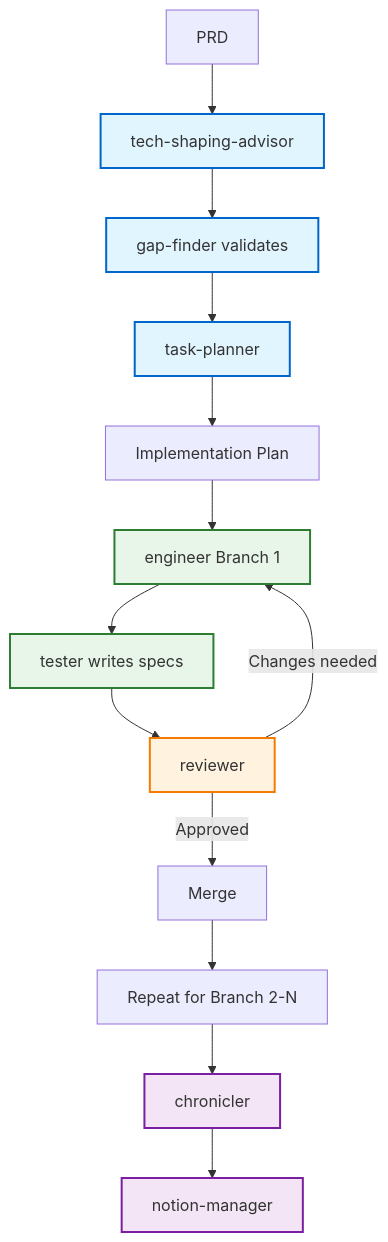
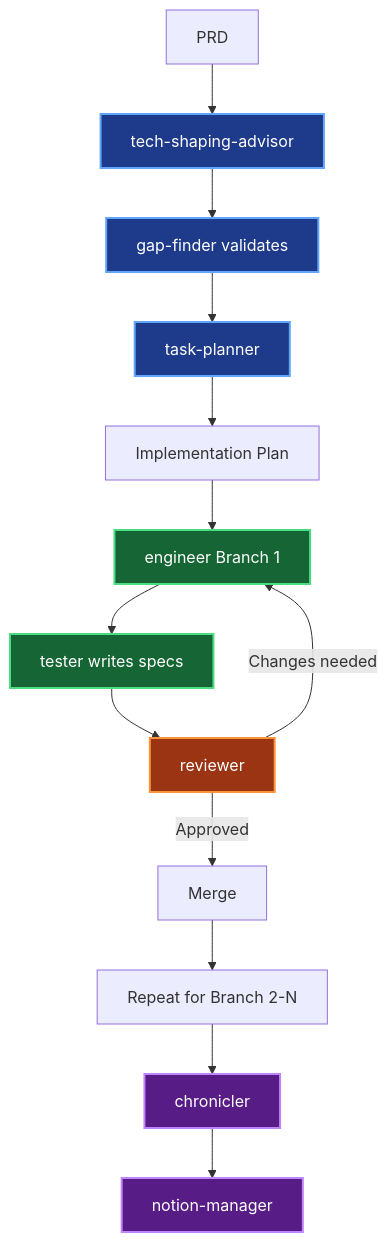
Before and after one commit to andymai/claude-agent-team: the diagram in README.md, drawn with Mermaid.

Commit message:
Adjust Mermaid colors for dark mode compatibility
Use darker fills with bright strokes and white text:
- Planning: Dark blue with light blue stroke
- Implementation: Dark green with light green stroke
- Review: Dark orange with light orange stroke
- Documentation: Dark purple with light purple stroke

````diff
--- a/README.md
+++ b/README.md
@@ -87,25 +87,25 @@
 ```mermaid
 graph TD
     A[PRD] --> B[tech-shaping-advisor]
     B --> C[gap-finder validates]
     C --> D[task-planner]
     D --> E[Implementation Plan]
     E --> F[engineer Branch 1]
     F --> G[tester writes specs]
     G --> H[reviewer]
     H -->|Changes needed| F
     H -->|Approved| I[Merge]
     I --> J[Repeat for Branch 2-N]
     J --> K[chronicler]
     K --> L[notion-manager]
 
-    classDef planning fill:#e1f5ff,stroke:#0066cc,stroke-width:2px
-    classDef implementing fill:#e8f5e9,stroke:#2e7d32,stroke-width:2px
-    classDef reviewing fill:#fff3e0,stroke:#f57c00,stroke-width:2px
-    classDef documenting fill:#f3e5f5,stroke:#7b1fa2,stroke-width:2px
+    classDef planning fill:#1e3a8a,stroke:#60a5fa,stroke-width:2px,color:#fff
+    classDef implementing fill:#166534,stroke:#4ade80,stroke-width:2px,color:#fff
+    classDef reviewing fill:#9a3412,stroke:#fb923c,stroke-width:2px,color:#fff
+    classDef documenting fill:#581c87,stroke:#c084fc,stroke-width:2px,color:#fff
 
     class B,C,D planning
     class F,G implementing
     class H reviewing
     class K,L documenting
 ```
````
